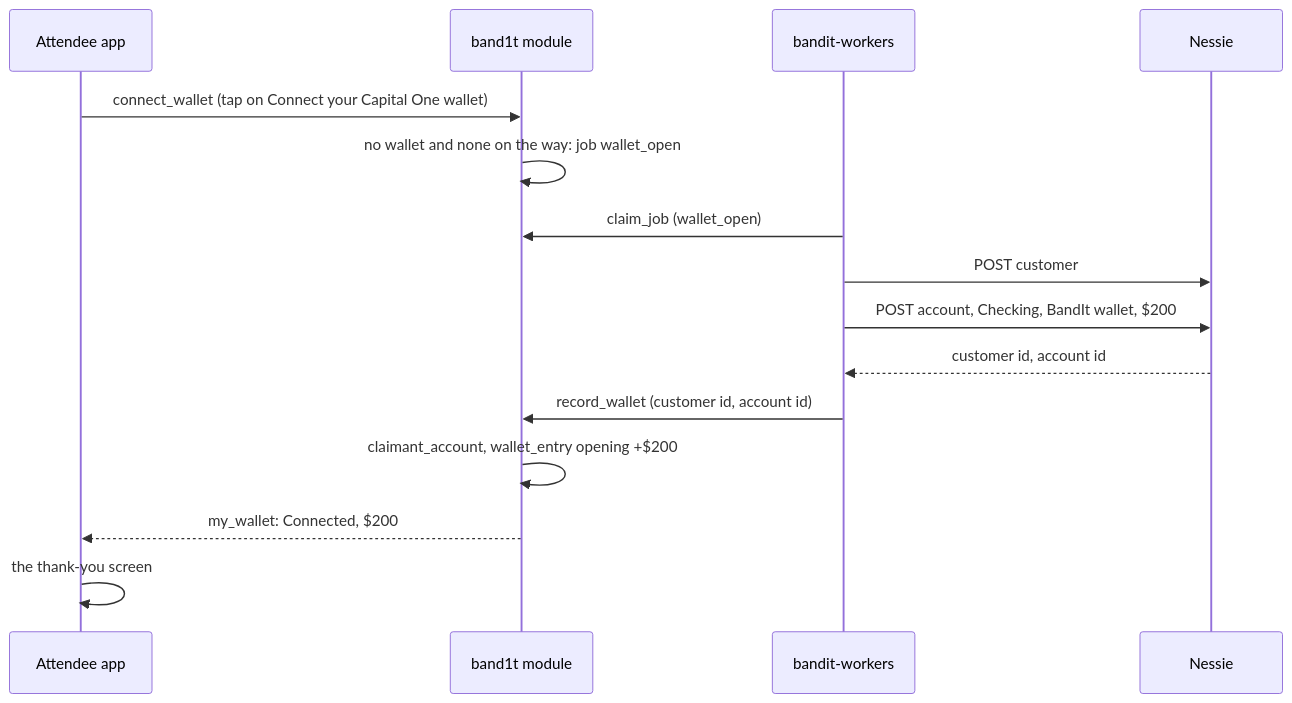
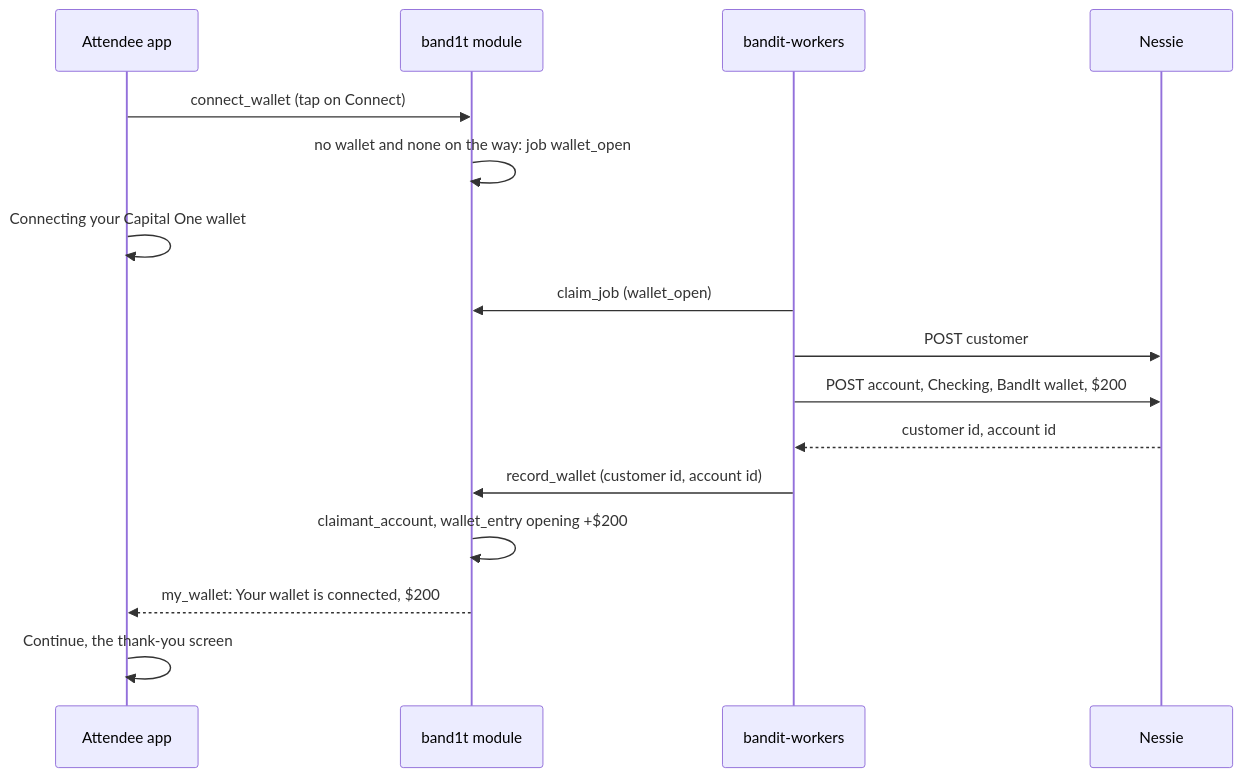
Before and after one commit to viktorinkov/cal-hacks-13: the second of 3 diagrams in System Design/7-integrations/Payments-Nessie.md, drawn with Mermaid. The commit also changed other lines of this file and 20 other files, not shown here.

````diff
--- a/System Design/7-integrations/Payments-Nessie.md
+++ b/System Design/7-integrations/Payments-Nessie.md
@@ -96,17 +95,18 @@
 ```mermaid
 sequenceDiagram
   participant A as Attendee app
   participant M as band1t module
   participant W as bandit-workers
   participant N as Nessie
-  A->>M: connect_wallet (tap on Connect your Capital One wallet)
+  A->>M: connect_wallet (tap on Connect)
   M->>M: no wallet and none on the way: job wallet_open
+  A->>A: Connecting your Capital One wallet
   W->>M: claim_job (wallet_open)
   W->>N: POST customer
   W->>N: POST account, Checking, BandIt wallet, $200
   N-->>W: customer id, account id
   W->>M: record_wallet (customer id, account id)
   M->>M: claimant_account, wallet_entry opening +$200
-  M-->>A: my_wallet: Connected, $200
-  A->>A: the thank-you screen
+  M-->>A: my_wallet: Your wallet is connected, $200
+  A->>A: Continue, the thank-you screen
 ```
````
